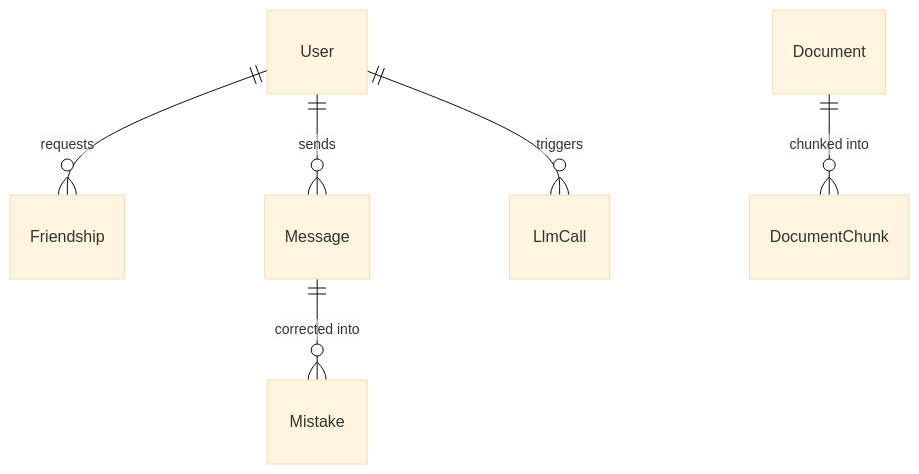
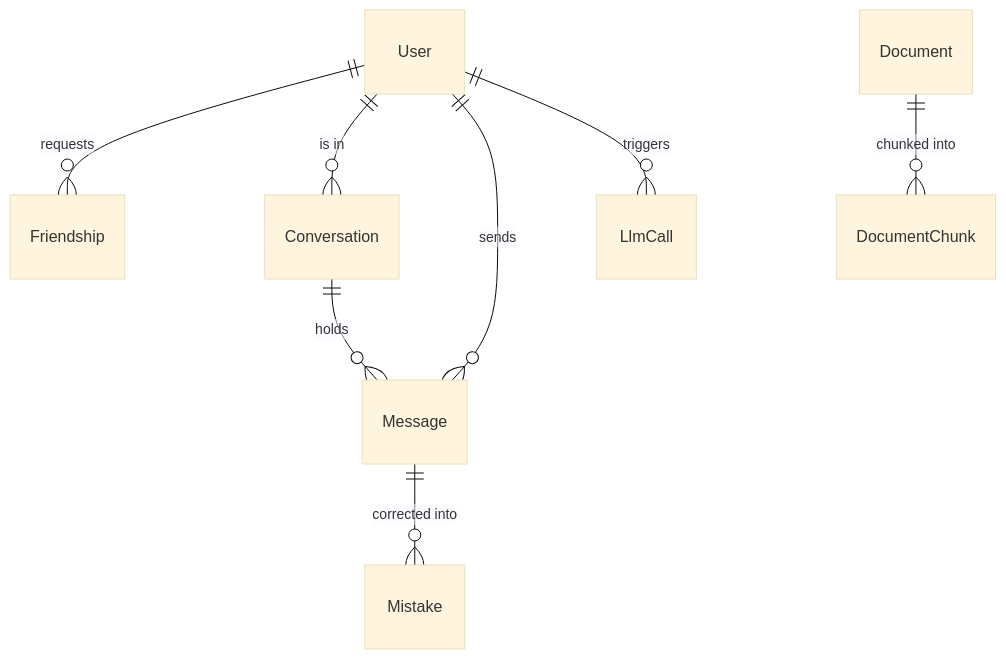
The fifth of 5 diagrams in docs/PRODUCT_ARCHITECTURE.md (VictorBro/ft_transcendence), drawn with Mermaid (base theme) before and after one commit. The commit also changed other lines of this file and 80 other files, not shown here.

````diff
--- a/docs/PRODUCT_ARCHITECTURE.md
+++ b/docs/PRODUCT_ARCHITECTURE.md
@@ -808,8 +811,10 @@
 ```mermaid
 erDiagram
     User     ||--o{ Friendship    : "requests"
+    User     ||--o{ Conversation  : "is in"
+    Conversation ||--o{ Message   : "holds"
     User     ||--o{ Message       : "sends"
     Message  ||--o{ Mistake       : "corrected into"
     User     ||--o{ LlmCall       : "triggers"
     Document ||--o{ DocumentChunk : "chunked into"
 ```
````
